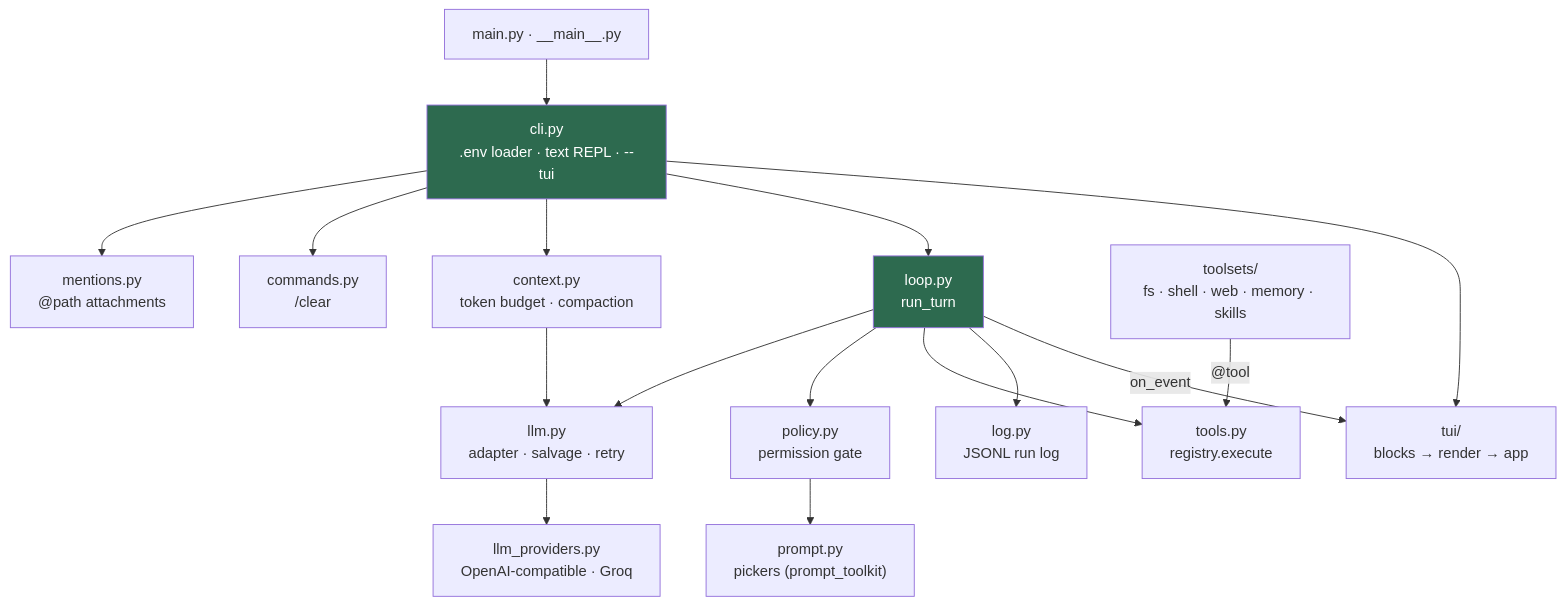
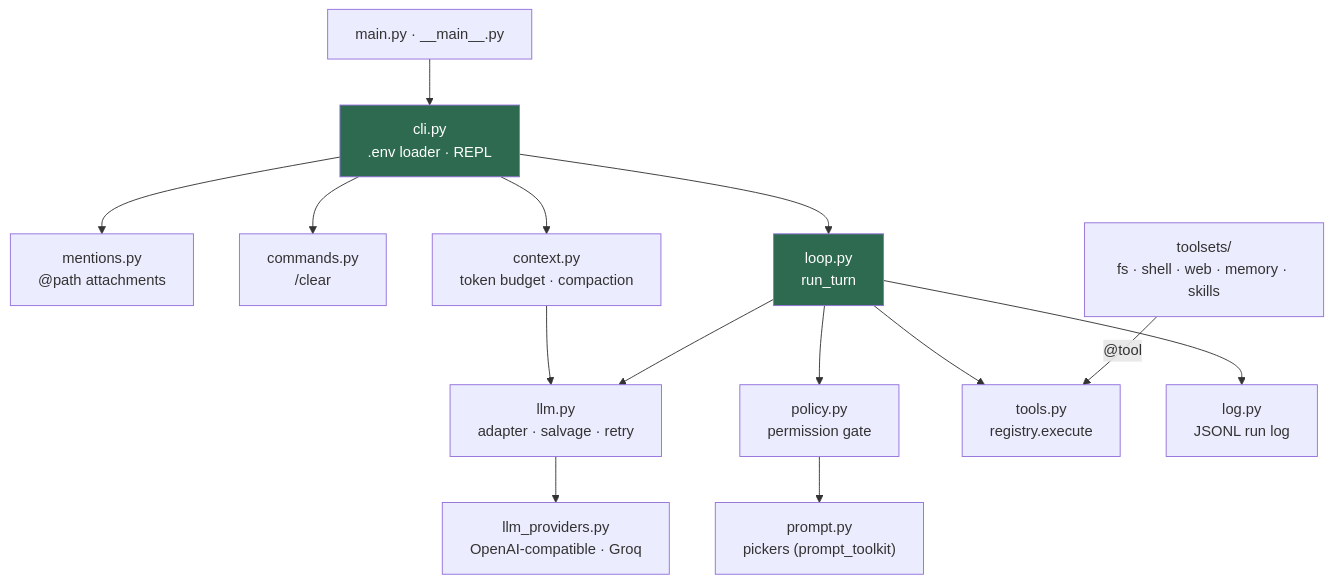
The diagram in make_harness/architecture.md (maulikmadhavi/make_my_harness), drawn with Mermaid before and after one commit. The commit also changed other lines of this file and 9 other files, not shown here.

````diff
--- a/make_harness/architecture.md
+++ b/make_harness/architecture.md
@@ -11,21 +11,19 @@
 ```mermaid
 flowchart TD
-    entry["main.py · __main__.py"] --> cli["cli.py<br/>.env loader · text REPL · --tui"]
+    entry["main.py · __main__.py"] --> cli["cli.py<br/>.env loader · REPL"]
     cli --> mentions["mentions.py<br/>@path attachments"]
     cli --> commands["commands.py<br/>/clear"]
     cli --> context["context.py<br/>token budget · compaction"]
     cli --> loop["loop.py<br/>run_turn"]
     context --> llm
     loop --> llm["llm.py<br/>adapter · salvage · retry"]
     llm --> providers["llm_providers.py<br/>OpenAI-compatible · Groq"]
     loop --> policy["policy.py<br/>permission gate"]
     policy --> prompt["prompt.py<br/>pickers (prompt_toolkit)"]
     loop --> tools["tools.py<br/>registry.execute"]
     toolsets["toolsets/<br/>fs · shell · web · memory · skills"] -- "@tool" --> tools
     loop --> log["log.py<br/>JSONL run log"]
-    cli --> tui["tui/<br/>blocks → render → app"]
-    loop -- on_event --> tui
 
     style cli fill:#2d6a4f,color:#fff
     style loop fill:#2d6a4f,color:#fff
 ```
````
